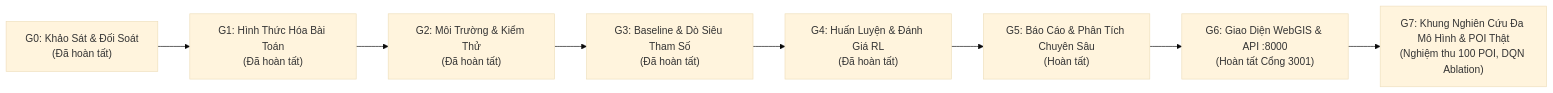
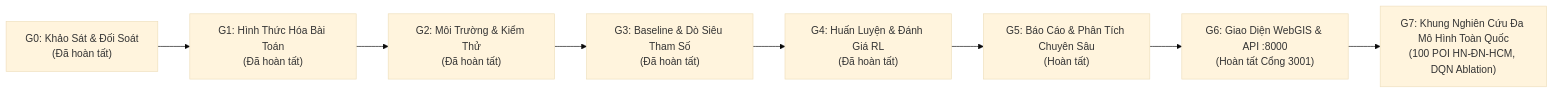
Before and after one commit to philipsgn/HotWAY: the first of 2 diagrams in PLAN.md, drawn with Mermaid (base theme). The commit also changed other lines of this file and 30 other files, not shown here.

````diff
--- a/PLAN.md
+++ b/PLAN.md
@@ -12,10 +12,10 @@
 ```mermaid
 flowchart LR
     G0["G0: Khảo Sát & Đối Soát\n(Đã hoàn tất)"] --> G1["G1: Hình Thức Hóa Bài Toán\n(Đã hoàn tất)"]
     G1 --> G2["G2: Môi Trường & Kiểm Thử\n(Đã hoàn tất)"]
     G2 --> G3["G3: Baseline & Dò Siêu Tham Số\n(Đã hoàn tất)"]
     G3 --> G4["G4: Huấn Luyện & Đánh Giá RL\n(Đã hoàn tất)"]
     G4 --> G5["G5: Báo Cáo & Phân Tích Chuyên Sâu\n(Hoàn tất)"]
     G5 --> G6["G6: Giao Diện WebGIS & API :8000\n(Hoàn tất Cổng 3001)"]
-    G6 --> G7["G7: Khung Nghiên Cứu Đa Mô Hình & POI Thật\n(Nghiệm thu 100 POI, DQN Ablation)"]
+    G6 --> G7["G7: Khung Nghiên Cứu Đa Mô Hình Toàn Quốc\n(100 POI HN-ĐN-HCM, DQN Ablation)"]
 ```
````
